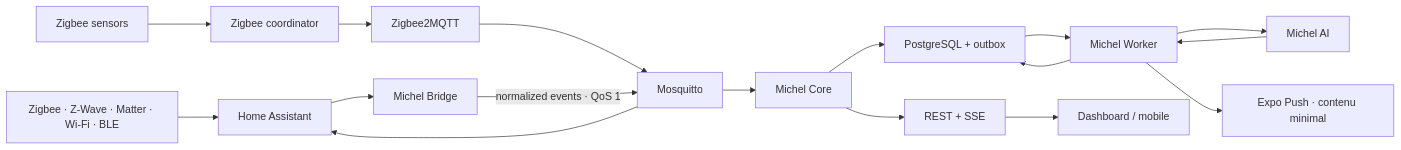
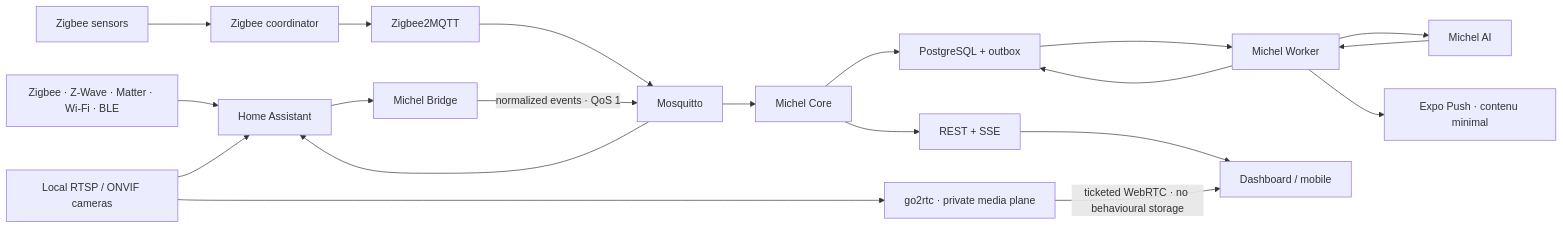
Before and after one commit to Elise-OS/EliseOS: the diagram in docs/architecture.md, drawn with Mermaid. The commit also changed other lines of this file and 163 other files, not shown here.

````diff
--- a/docs/architecture.md
+++ b/docs/architecture.md
@@ -11,19 +11,22 @@
 ```mermaid
 flowchart LR
   D["Zigbee · Z-Wave · Matter · Wi-Fi · BLE"] --> HA
   Z["Zigbee sensors"] --> C["Zigbee coordinator"]
   C --> Z2M["Zigbee2MQTT"]
   Z2M --> M["Mosquitto"]
   M --> HA["Home Assistant"]
   HA --> B["Michel Bridge"]
+  CAM["Local RTSP / ONVIF cameras"] --> HA
+  CAM --> G["go2rtc · private media plane"]
   B -->|"normalized events · QoS 1"| M
   M --> CORE["Michel Core"]
   CORE --> PG["PostgreSQL + outbox"]
   PG --> W["Michel Worker"]
   W --> AI["Michel AI"]
   AI --> W
   W --> PG
   W --> PUSH["Expo Push · contenu minimal"]
   API["REST + SSE"] --> UI["Dashboard / mobile"]
+  G -->|"ticketed WebRTC · no behavioural storage"| UI
   CORE --> API
 ```
````
